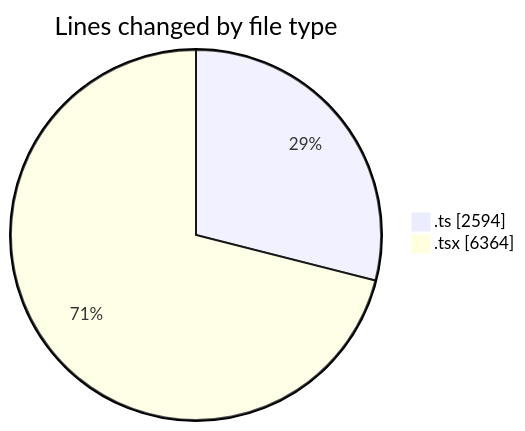
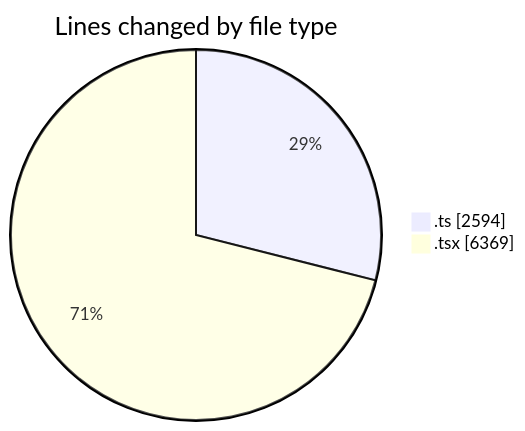
One commit to momahboobian/code-tracking changed the first of 2 diagrams in 2025-07-01/cda/README.md. Above: the diagram before and after it, drawn with Mermaid. The commit also changed other lines of this file and 1 other file, not shown here.

````diff
--- a/2025-07-01/cda/README.md
+++ b/2025-07-01/cda/README.md
@@ -44,6 +44,6 @@
 ```mermaid
 pie showData
 title Lines changed by file type
 ".ts" : 2594
-".tsx" : 6364
+".tsx" : 6369
 ```
````
